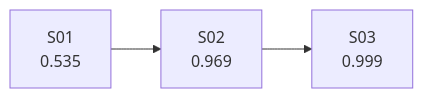
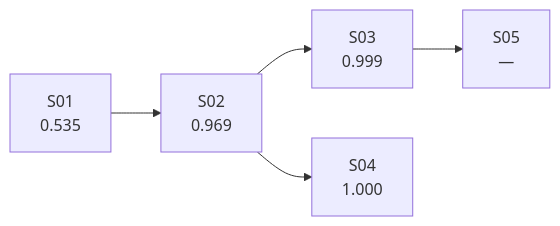
Before and after one commit to polinamiroshnichenko/masking-arena: the diagram in results/evolution/mask/report.md, drawn with Mermaid. The commit also changed other lines of this file and 22 other files, not shown here.

````diff
--- a/results/evolution/mask/report.md
+++ b/results/evolution/mask/report.md
@@ -9,8 +9,12 @@
 ```mermaid
 graph LR
   S01["S01<br/>0.535"]
   S02["S02<br/>0.969"]
   S01 --> S02
   S03["S03<br/>0.999"]
   S02 --> S03
+  S04["S04<br/>1.000"]
+  S02 --> S04
+  S05["S05<br/>—"]
+  S03 --> S05
 ```
````
